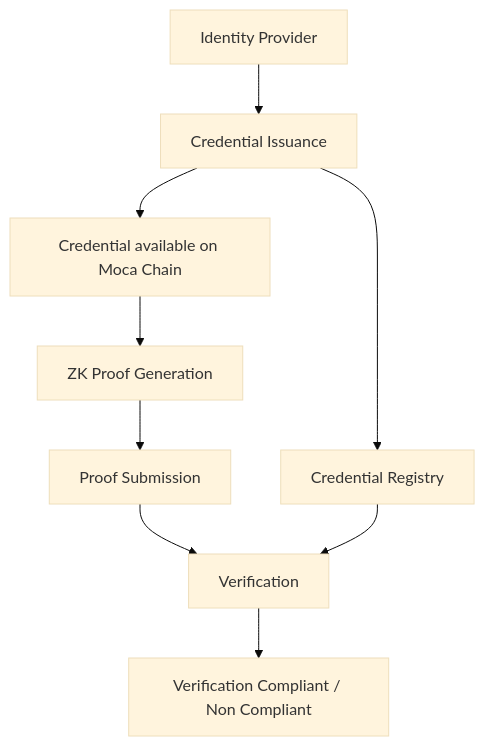
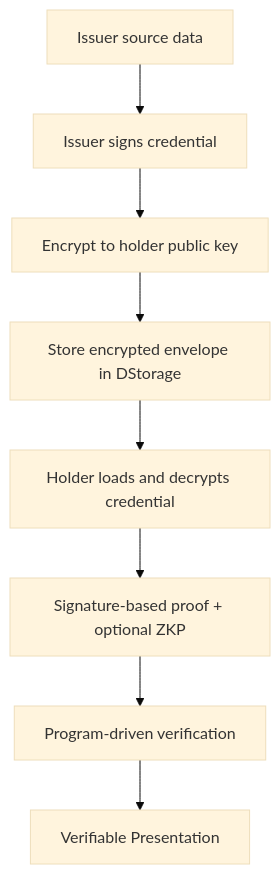
One commit to MocaNetwork/docs changed the diagram in learn/airkit/credentials.mdx. Above: the diagram before and after it, drawn with Mermaid (base theme). The commit also changed other lines of this file and 41 other files, not shown here.

First line of the commit message:
Upgrade docs for signature-based, issuer-sovereign architecture (#22)

````diff
--- a/learn/airkit/credentials.mdx
+++ b/learn/airkit/credentials.mdx
@@ -20,12 +20,10 @@
 ```mermaid
 graph TD
-    A[Identity Provider] --> B[Credential Issuance]
-    B --> C[Credential available on Moca Chain]
-    C --> D[ZK Proof Generation]
-    D --> E[Proof Submission]
-    E --> F[Verification]
-    F --> G[Verification Compliant / Non Compliant]
-
-    B --> H[Credential Registry]
-    H --> F
+    A[Issuer source data] --> B[Issuer signs credential]
+    B --> C[Encrypt to holder public key]
+    C --> D[Store encrypted envelope in DStorage]
+    D --> E[Holder loads and decrypts credential]
+    E --> F[Signature-based proof + optional ZKP]
+    F --> G[Program-driven verification]
+    G --> H[Verifiable Presentation]
 ```
````
